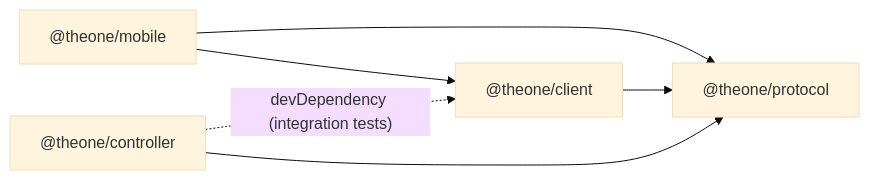
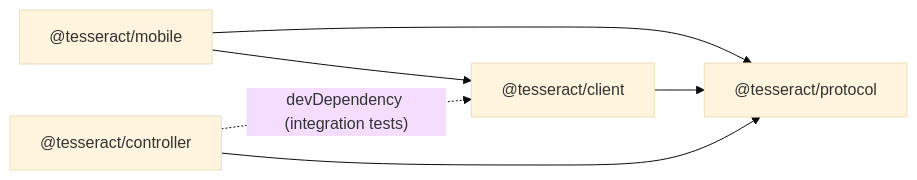
One commit to kevin-roan/tesseract changed the diagram in docs/architecture/monorepo.md. Above: the diagram before and after it, drawn with Mermaid (base theme). The commit also changed other lines of this file and 3196 other files, not shown here.

````diff
--- a/docs/architecture/monorepo.md
+++ b/docs/architecture/monorepo.md
@@ -35,8 +35,8 @@
 ```mermaid
 flowchart LR
-  mobile["@theone/mobile"] --> client["@theone/client"]
-  mobile --> protocol["@theone/protocol"]
+  mobile["@tesseract/mobile"] --> client["@tesseract/client"]
+  mobile --> protocol["@tesseract/protocol"]
   client --> protocol
-  controller["@theone/controller"] --> protocol
+  controller["@tesseract/controller"] --> protocol
   controller -. "devDependency (integration tests)" .-> client
 ```
````
